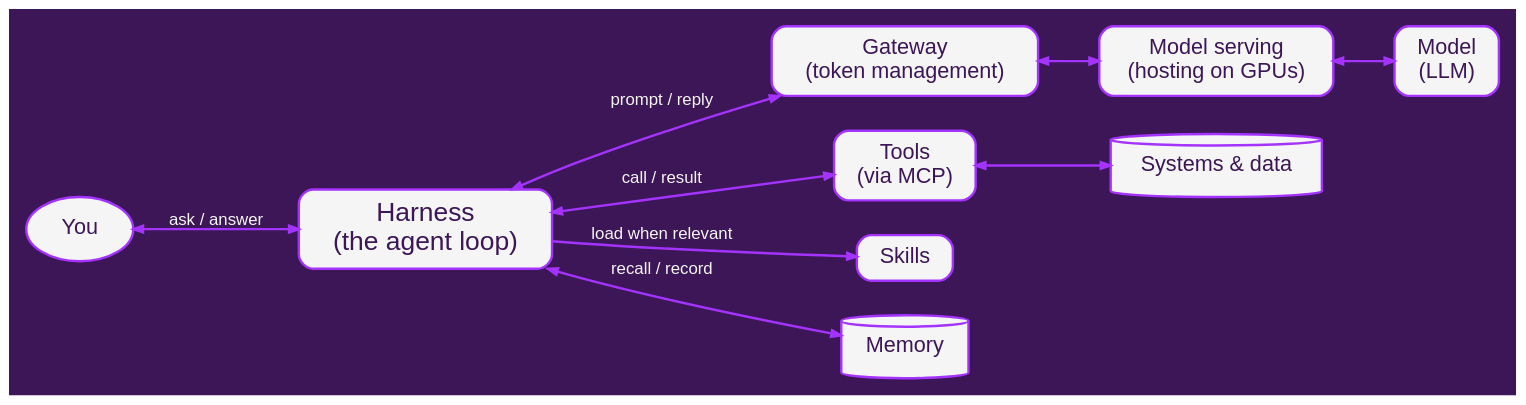
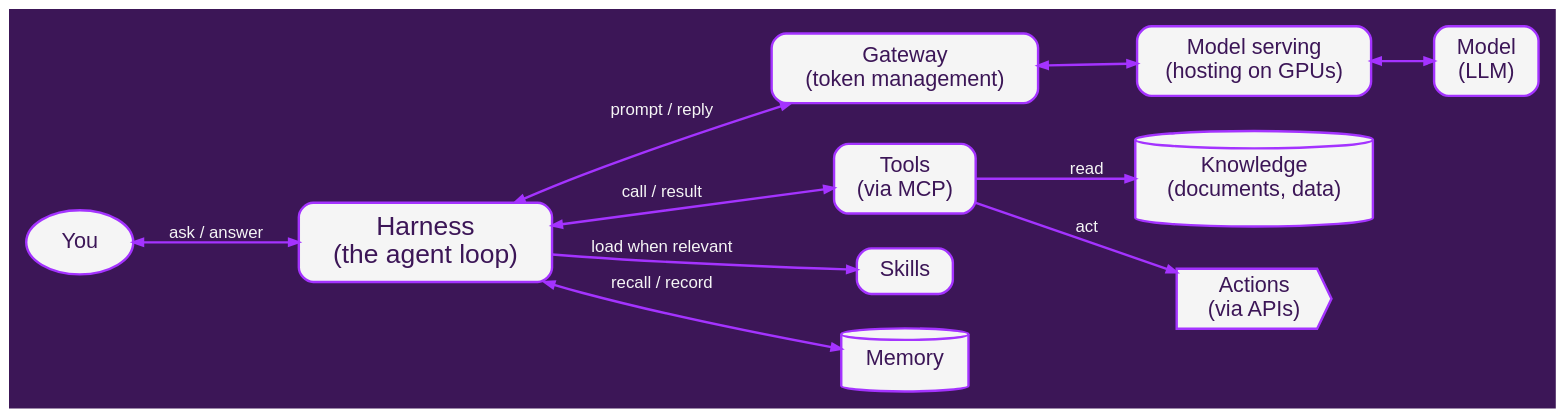
One commit to jamespjh/talks changed the diagram in ai_team/assets/sources/graphviz/agent.dot. Above: the diagram before and after it, drawn with Graphviz. The commit also changed 17 other files, not shown here.

First line of the commit message:
Townhall talk: logos with tooltips, diagram refinements, trims

```diff
--- a/ai_team/assets/sources/graphviz/agent.dot
+++ b/ai_team/assets/sources/graphviz/agent.dot
@@ -1,35 +1,37 @@
 // How the pieces of an agent fit together.
 // Each node has a "role"; render_diagrams.sh uses ../highlight.g to make one
 // copy of this diagram per role with that piece lit up (agent_<role>.svg).
 // The inference platform is two layers: a gateway (token management) and
 // model serving (hosting management).
 digraph agent {
     graph [bgcolor="#3c1657", rankdir="LR", nodesep="0.4", ranksep="0.7", pad="0.2",
            fontname="Helvetica", fontcolor="#f5f5f5"];
     node  [shape="box", style="filled,rounded", fillcolor="#f5f5f5", fontcolor="#3c1657",
            color="#a433ff", penwidth="2", fontname="Helvetica", fontsize="18", margin="0.22,0.12"];
     edge  [color="#a433ff", penwidth="2", arrowsize="0.8", fontname="Helvetica",
            fontcolor="#f5f5f5", fontsize="14"];
 
     you      [role="you",      label="You",                          shape="ellipse"];
     harness  [role="harness",  label="Harness\n(the agent loop)",    fontsize="22"];
     gateway  [role="platform", label="Gateway\n(token management)"];
     serving  [role="platform", label="Model serving\n(hosting on GPUs)"];
     model    [role="model",    label="Model\n(LLM)"];
     tools    [role="tools",    label="Tools\n(via MCP)"];
-    systems  [role="tools",    label="Systems & data", shape="cylinder"];
+    knowledge [role="tools",   label="Knowledge\n(documents, data)", shape="cylinder"];
+    actions  [role="tools",    label="Actions\n(via APIs)", shape="cds", margin="0.3,0.15"];
     skills   [role="skills",   label="Skills"];
     memory   [role="memory",   label="Memory", shape="cylinder"];
 
     you      -> harness  [role="you",      dir="both", label="ask / answer"];
     harness  -> gateway  [role="platform", dir="both", label="prompt / reply"];
     gateway  -> serving  [role="platform", dir="both"];
     serving  -> model    [role="model",    dir="both"];
     harness  -> tools    [role="tools",    dir="both", label="call / result"];
-    tools    -> systems  [role="tools",    dir="both"];
+    tools    -> knowledge [role="tools",   label="read"];
+    tools    -> actions  [role="tools",    label="act"];
     harness  -> skills   [role="skills",   label="load when relevant"];
     harness  -> memory   [role="memory",   dir="both", label="recall / record"];
 
     { rank="same"; gateway; tools; }
-    { rank="same"; serving; systems; }
+    { rank="same"; serving; knowledge; actions; }
 }
```
